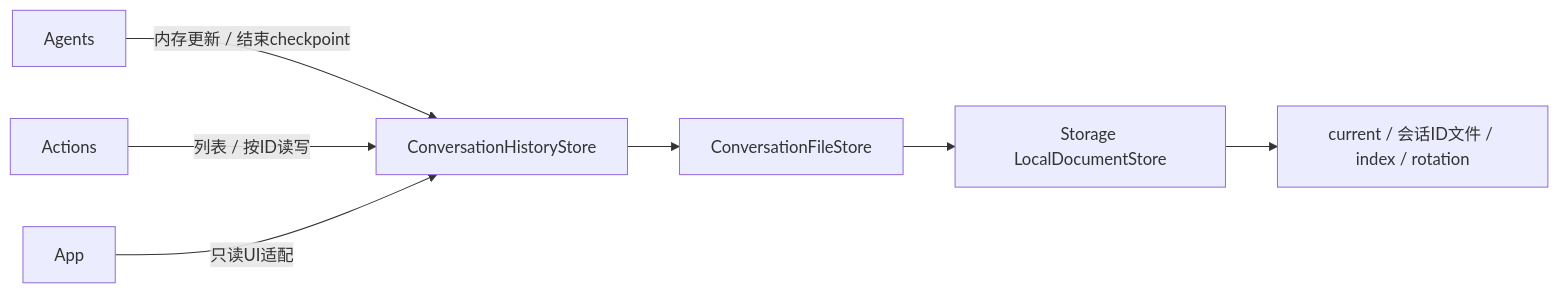
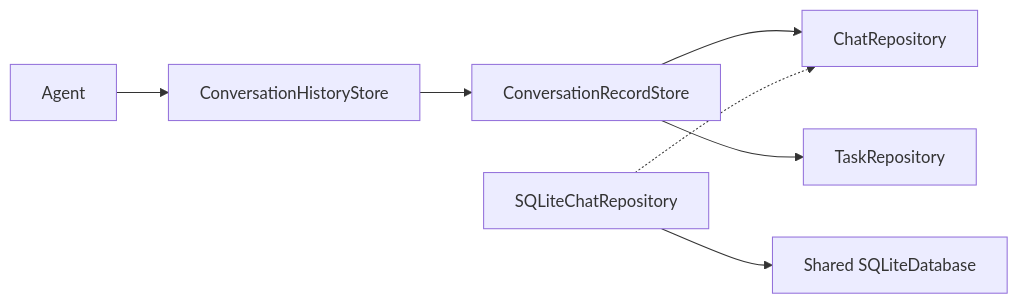
The diagram in MobileHarness/Storage/Chat/README.md (devilyouwei/MobileHarness), drawn with Mermaid before and after one commit. The commit also changed other lines of this file and 374 other files, not shown here.

First line of the commit message:
refactor: persist business records in SQLite and refine agent history

````diff
--- a/MobileHarness/Storage/Chat/README.md
+++ b/MobileHarness/Storage/Chat/README.md
@@ -9,9 +7,9 @@
 ```mermaid
 flowchart LR
- Agents -->|内存更新 / 结束checkpoint| Store[ConversationHistoryStore]
- Store --> Files[ConversationFileStore]
- Files --> Documents[Storage LocalDocumentStore]
- Documents --> Disk[current / 会话ID文件 / index / rotation]
- Actions -->|列表 / 按ID读写| Store
- App -->|只读UI适配| Store
+ Agent --> History[ConversationHistoryStore]
+ History --> Adapter[ConversationRecordStore]
+ Adapter --> Contract[ChatRepository]
+ Adapter --> Task[TaskRepository]
+ SQLite[SQLiteChatRepository] -.-> Contract
+ SQLite --> Pool[Shared SQLiteDatabase]
 ```
````
